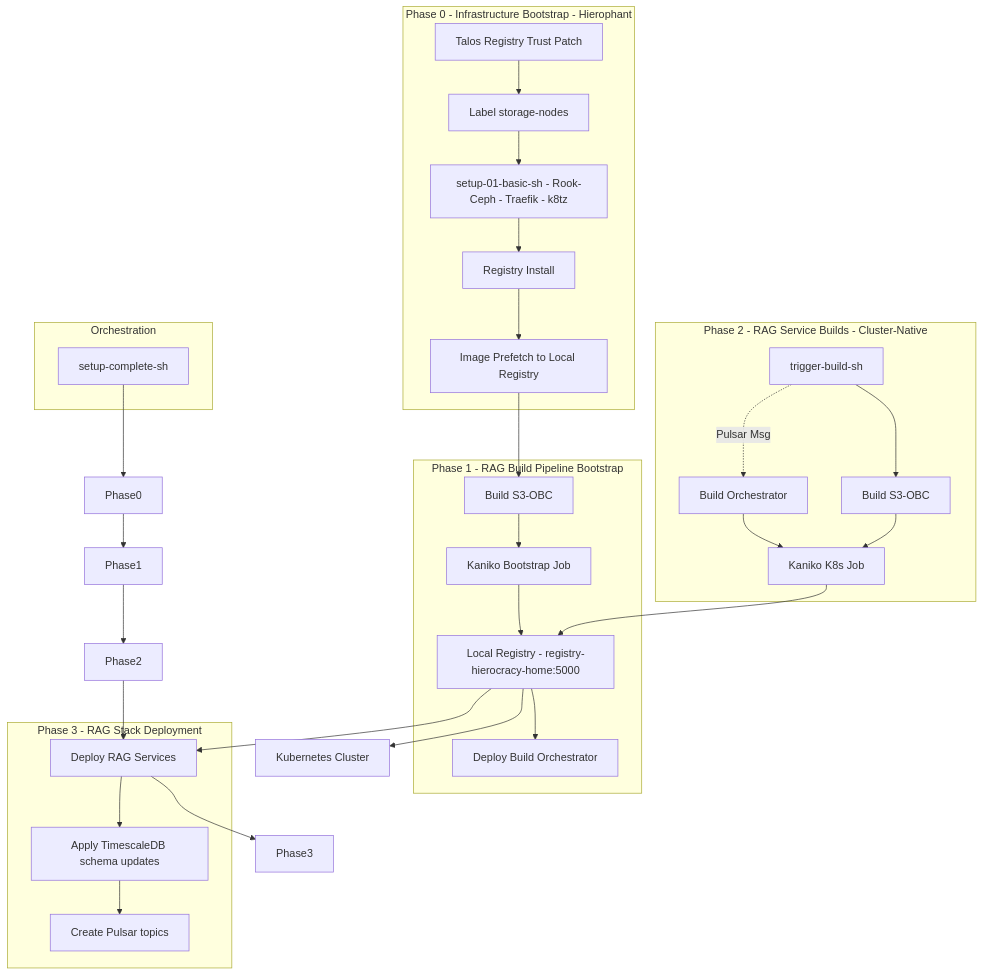
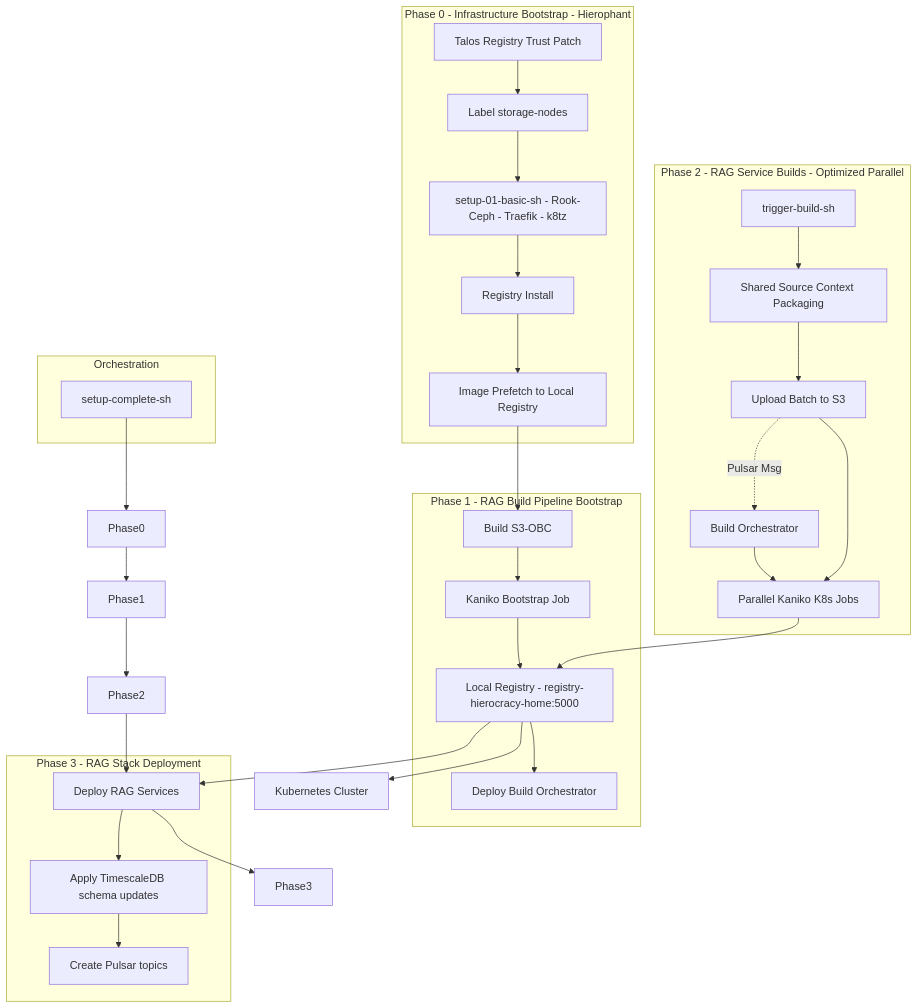
The second of 2 diagrams in RAG Stack Architecture.md (coppergate/RAG-CRD-BUILD), drawn with Mermaid before and after one commit. The commit also changed other lines of this file and 70 other files, not shown here.

````diff
--- a/RAG Stack Architecture.md
+++ b/RAG Stack Architecture.md
@@ -149,42 +161,43 @@
 ```mermaid
 flowchart TD
     subgraph "Phase 0 - Infrastructure Bootstrap - Hierophant"
         Talos[Talos Registry Trust Patch] --> Labels[Label storage-nodes]
         Labels --> Basic[setup-01-basic-sh - Rook-Ceph - Traefik - k8tz]
         Basic --> Reg[Registry Install]
         Reg --> Prefetch[Image Prefetch to Local Registry]
     end
 
     subgraph "Phase 1 - RAG Build Pipeline Bootstrap"
         Prefetch --> S3_1[Build S3-OBC]
         S3_1 --> BootstrapJob[Kaniko Bootstrap Job]
         BootstrapJob --> RegistryNode[Local Registry - registry-hierocracy-home:5000]
         RegistryNode --> OrchDeploy[Deploy Build Orchestrator]
     end
 
-    subgraph "Phase 2 - RAG Service Builds - Cluster-Native"
-        Trigger[trigger-build-sh] --> S3_2[Build S3-OBC]
-        Trigger -.->|Pulsar Msg| Orch[Build Orchestrator]
-        Orch --> Kaniko[Kaniko K8s Job]
+    subgraph "Phase 2 - RAG Service Builds - Optimized Parallel"
+        Trigger[trigger-build-sh] --> Package[Shared Source Context Packaging]
+        Package --> S3_2[Upload Batch to S3]
+        S3_2 -.->|Pulsar Msg| Orch[Build Orchestrator]
+        Orch --> Kaniko[Parallel Kaniko K8s Jobs]
         S3_2 --> Kaniko
         Kaniko --> RegistryNode
     end
 
     subgraph "Phase 3 - RAG Stack Deployment"
         RegistryNode --> Deploy[Deploy RAG Services]
         Deploy --> Migrate[Apply TimescaleDB schema updates]
         Migrate --> TopicInit[Create Pulsar topics]
     end
 
     RegistryNode --> K8s[Kubernetes Cluster]
 
     subgraph "Orchestration"
         Setup[setup-complete-sh]
     end
 
     Setup --> Phase0
     Phase0 --> Phase1
     Phase1 --> Phase2
     Phase2 --> Deploy
     Deploy --> Phase3
 ```
````
